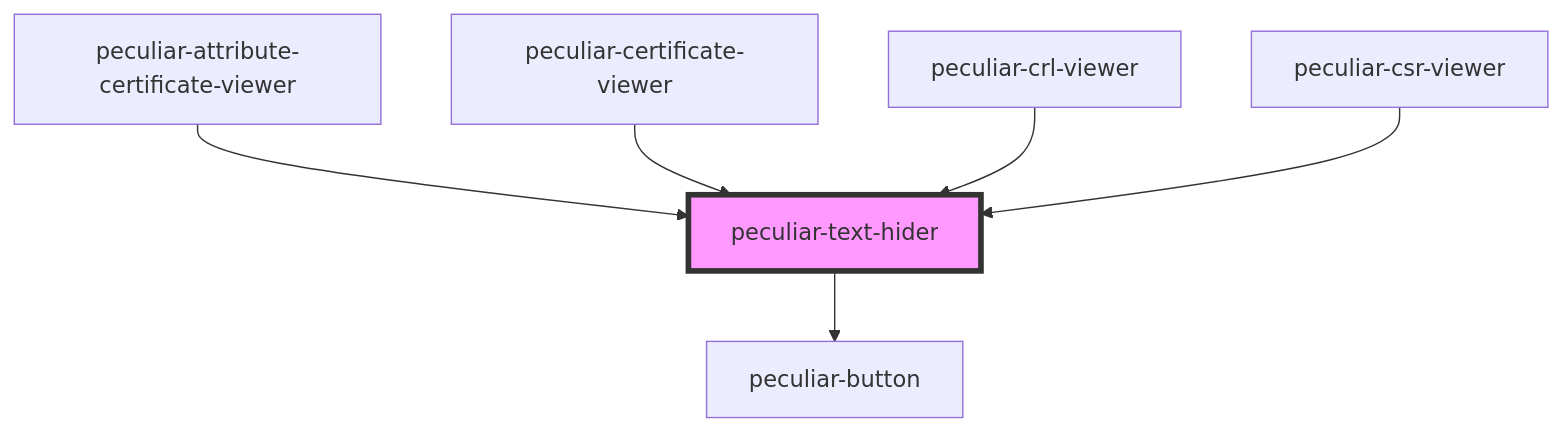
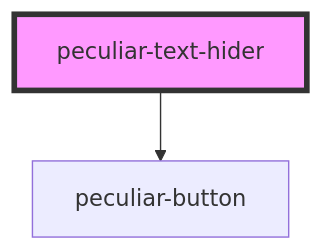
One commit to PeculiarVentures/pv-certificates-viewer changed the diagram in packages/webcomponents/src/components/text-hider/readme.md. Above: the diagram before and after it, drawn with Mermaid. The commit also changed other lines of this file and 76 other files, not shown here.

````diff
--- a/packages/webcomponents/src/components/text-hider/readme.md
+++ b/packages/webcomponents/src/components/text-hider/readme.md
@@ -36,9 +29,5 @@
 ```mermaid
 graph TD;
   peculiar-text-hider --> peculiar-button
-  peculiar-attribute-certificate-viewer --> peculiar-text-hider
-  peculiar-certificate-viewer --> peculiar-text-hider
-  peculiar-crl-viewer --> peculiar-text-hider
-  peculiar-csr-viewer --> peculiar-text-hider
   style peculiar-text-hider fill:#f9f,stroke:#333,stroke-width:4px
 ```
````
